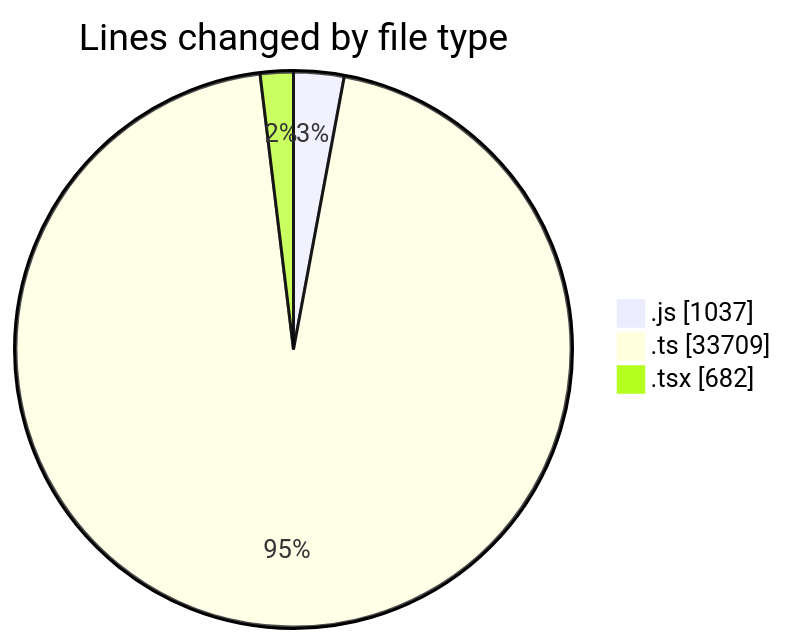
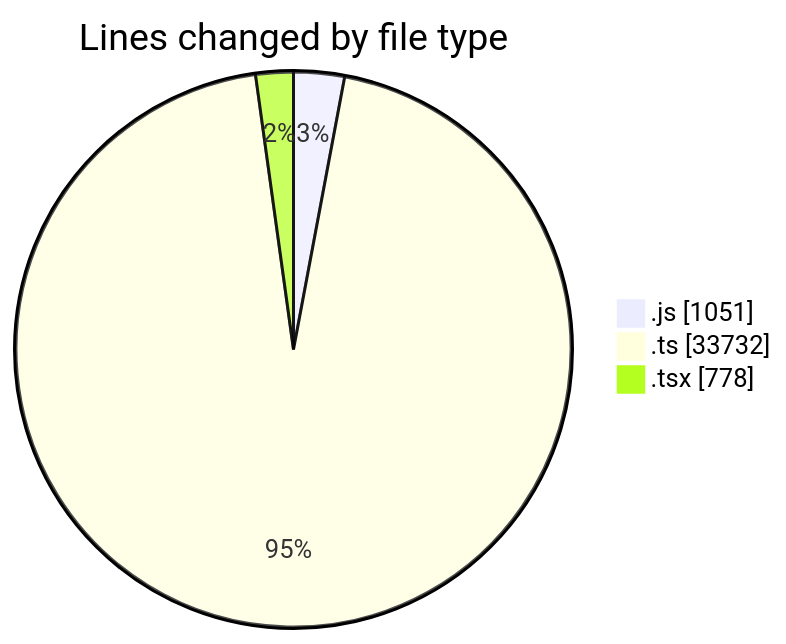
Before and after one commit to momahboobian/code-tracking: the first of 2 diagrams in 2026-10-06/cda/README.md, drawn with Mermaid. The commit also changed other lines of this file and 1 other file, not shown here.

````diff
--- a/2026-10-06/cda/README.md
+++ b/2026-10-06/cda/README.md
@@ -38,7 +40,7 @@
 ```mermaid
 pie showData
 title Lines changed by file type
-".js" : 1037
-".ts" : 33709
-".tsx" : 682
+".js" : 1051
+".ts" : 33732
+".tsx" : 778
 ```
````
